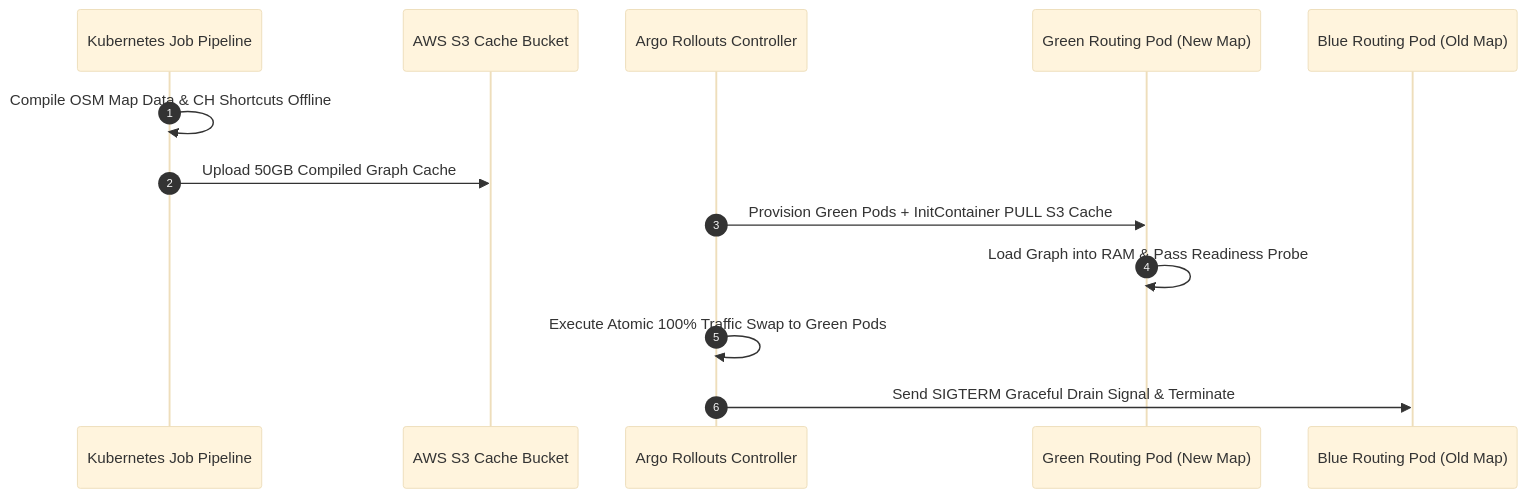
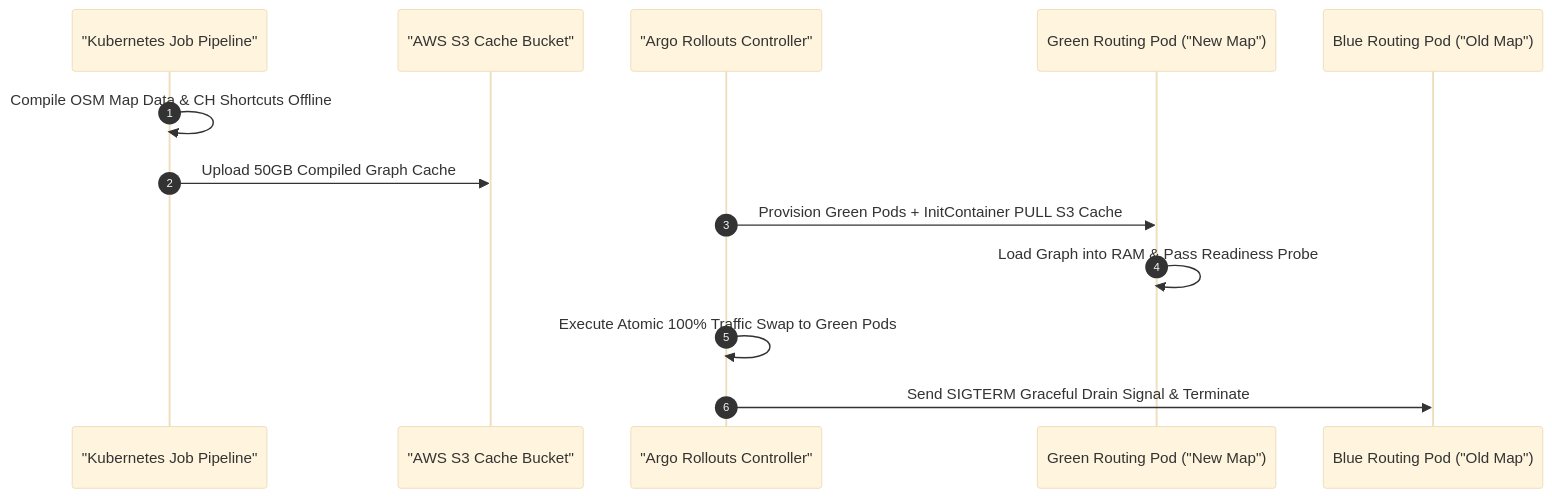
One commit to vesviet/vesviet changed the diagram in content/series/routing-geospatial-architecture/part-8-zero-downtime-k8s.md. Above: the diagram before and after it, drawn with Mermaid (base theme). The commit also changed other lines of this file and 331 other files, not shown here.

````diff
--- a/content/series/routing-geospatial-architecture/part-8-zero-downtime-k8s.md
+++ b/content/series/routing-geospatial-architecture/part-8-zero-downtime-k8s.md
@@ -45,16 +47,16 @@
 ```mermaid
 sequenceDiagram
     autonumber
-    participant K8s as Kubernetes Job Pipeline
-    participant S3 as AWS S3 Cache Bucket
-    participant Argo as Argo Rollouts Controller
-    participant Green as Green Routing Pod (New Map)
-    participant Blue as Blue Routing Pod (Old Map)
+    participant K8s as "Kubernetes Job Pipeline"
+    participant S3 as "AWS S3 Cache Bucket"
+    participant Argo as "Argo Rollouts Controller"
+    participant Green as Green Routing Pod ("New Map")
+    participant Blue as Blue Routing Pod ("Old Map")
     
     K8s->>K8s: Compile OSM Map Data & CH Shortcuts Offline
     K8s->>S3: Upload 50GB Compiled Graph Cache
     Argo->>Green: Provision Green Pods + InitContainer PULL S3 Cache
     Green->>Green: Load Graph into RAM & Pass Readiness Probe
     Argo->>Argo: Execute Atomic 100% Traffic Swap to Green Pods
     Argo->>Blue: Send SIGTERM Graceful Drain Signal & Terminate
 ```
````
